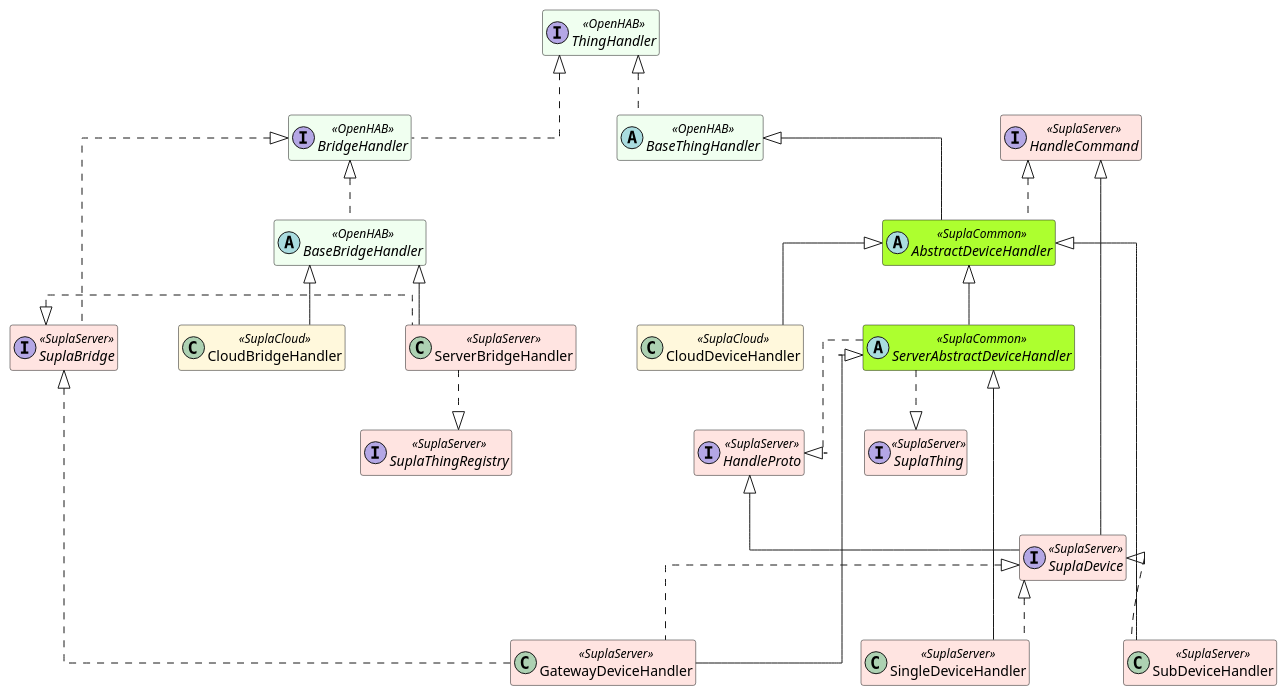
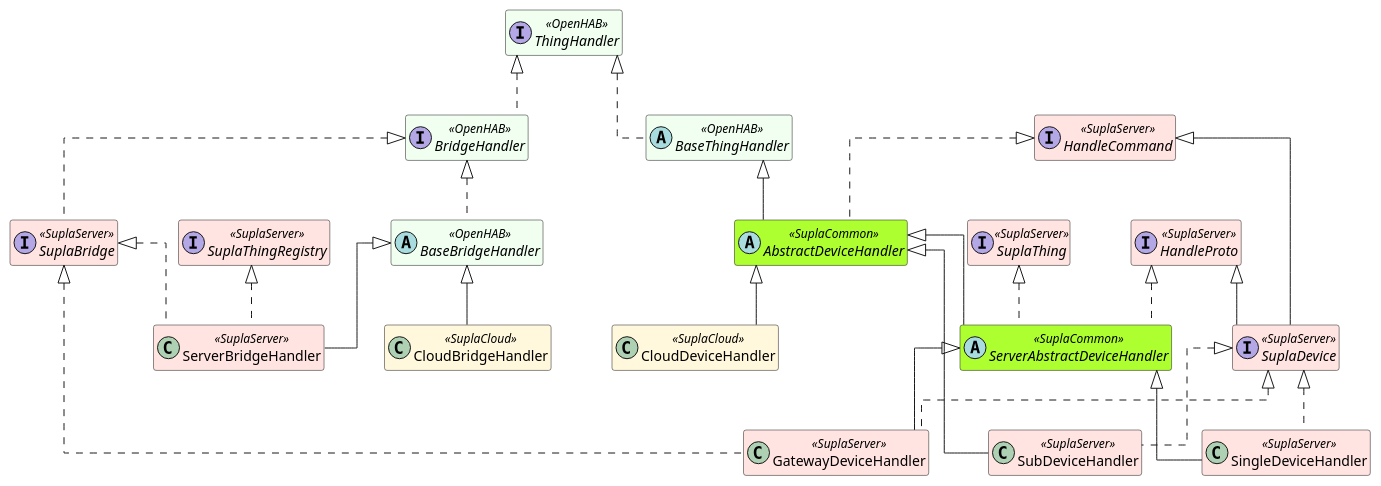
One commit to magx2/openhab-supla changed the diagram in puml/handler-inheritance.puml. Above: the diagram before and after it, drawn with PlantUML.

Commit message:
Remove arrows

```diff
--- a/puml/handler-inheritance.puml
+++ b/puml/handler-inheritance.puml
@@ -1,72 +1,72 @@
 @startuml
 skinparam classAttributeIconSize 0
 skinparam linetype ortho
 skinparam nodesep 60
 skinparam ranksep 60
 hide empty members
 
 ' Keep the most-shared abstractions visually at the top
 top to bottom direction
 
 skinparam class {
 BackgroundColor<<OpenHAB>> HoneyDew
 BackgroundColor<<SuplaCloud>> Cornsilk
 BackgroundColor<<SuplaServer>> MistyRose
 BackgroundColor<<SuplaCommon>> GreenYellow
 }
 
 ' Anchor heavily used OpenHAB and Supla abstractions on the top rank
 interface ThingHandler <<OpenHAB>>
 interface BridgeHandler <<OpenHAB>>
 abstract class BaseThingHandler <<OpenHAB>>
 abstract class BaseBridgeHandler <<OpenHAB>>
 
 abstract class AbstractDeviceHandler <<SuplaCommon>>
 abstract class ServerAbstractDeviceHandler <<SuplaCommon>>
 
 interface HandleCommand <<SuplaServer>>
 interface HandleProto <<SuplaServer>>
 interface SuplaDevice <<SuplaServer>>
 interface SuplaThing <<SuplaServer>>
 interface SuplaThingRegistry <<SuplaServer>>
 interface SuplaBridge <<SuplaServer>>
 
 class GatewayDeviceHandler <<SuplaServer>>
 class SingleDeviceHandler <<SuplaServer>>
 class SubDeviceHandler <<SuplaServer>>
 class ServerBridgeHandler <<SuplaServer>>
 
 class CloudBridgeHandler <<SuplaCloud>>
 class CloudDeviceHandler <<SuplaCloud>>
 
 ' OpenHAB core relationships
 ThingHandler <|.. BaseThingHandler
 ThingHandler <|.. BridgeHandler
 BridgeHandler <|.. BaseBridgeHandler
 
 ' Device handler relationships
 BaseThingHandler <|-- AbstractDeviceHandler
-AbstractDeviceHandler <|-down- ServerAbstractDeviceHandler
+AbstractDeviceHandler <|-- ServerAbstractDeviceHandler
 AbstractDeviceHandler <|-- SubDeviceHandler
 AbstractDeviceHandler <|-- CloudDeviceHandler
 ServerAbstractDeviceHandler <|-- GatewayDeviceHandler
 ServerAbstractDeviceHandler <|-- SingleDeviceHandler
 
 ' Supla trait implementations (device side)
 HandleCommand <|.. AbstractDeviceHandler
-HandleProto <|.up. ServerAbstractDeviceHandler
+HandleProto <|.. ServerAbstractDeviceHandler
 HandleCommand <|-- SuplaDevice
 HandleProto <|-- SuplaDevice
 SuplaDevice <|.. SubDeviceHandler
 SuplaDevice <|.. SingleDeviceHandler
 SuplaDevice <|.. GatewayDeviceHandler
-SuplaThing <|.up. ServerAbstractDeviceHandler
+SuplaThing <|.. ServerAbstractDeviceHandler
 
 ' Bridge handler relationships
-BaseBridgeHandler <|-down- CloudBridgeHandler
-BaseBridgeHandler <|-down- ServerBridgeHandler
+BaseBridgeHandler <|-- CloudBridgeHandler
+BaseBridgeHandler <|-- ServerBridgeHandler
 BridgeHandler <|.. SuplaBridge
 SuplaBridge <|.. GatewayDeviceHandler
-SuplaBridge <|.right. ServerBridgeHandler
-SuplaThingRegistry <|.up. ServerBridgeHandler
+SuplaBridge <|.. ServerBridgeHandler
+SuplaThingRegistry <|.. ServerBridgeHandler
 @enduml
```
